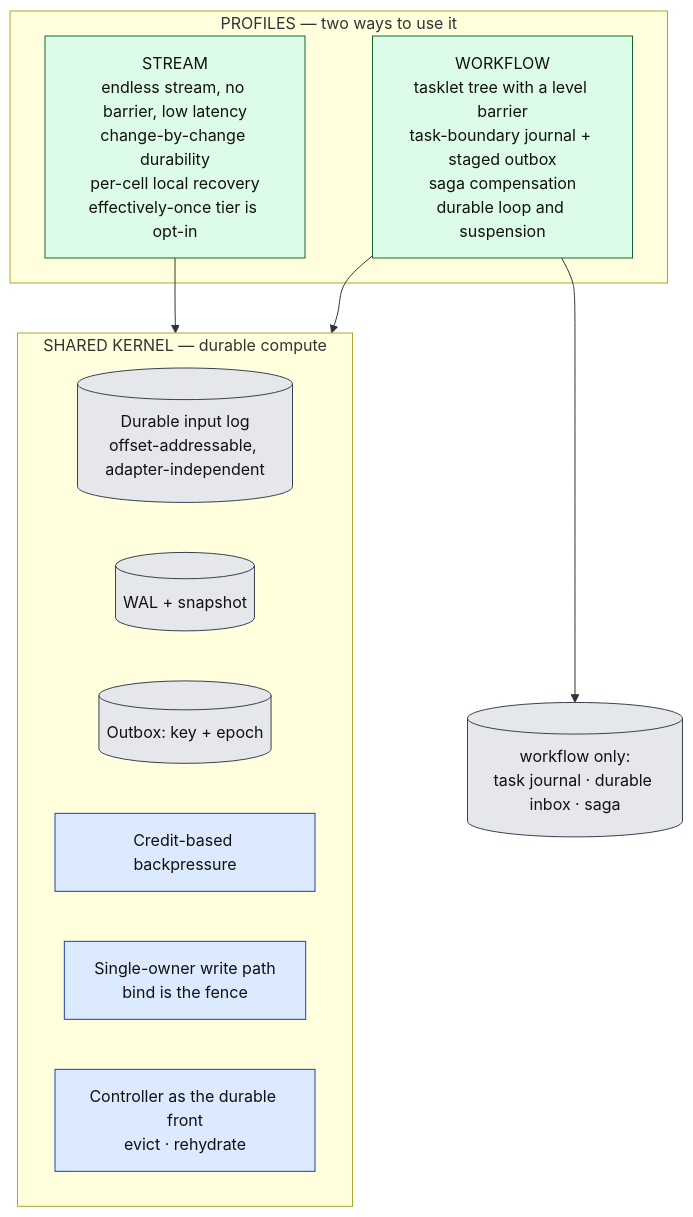
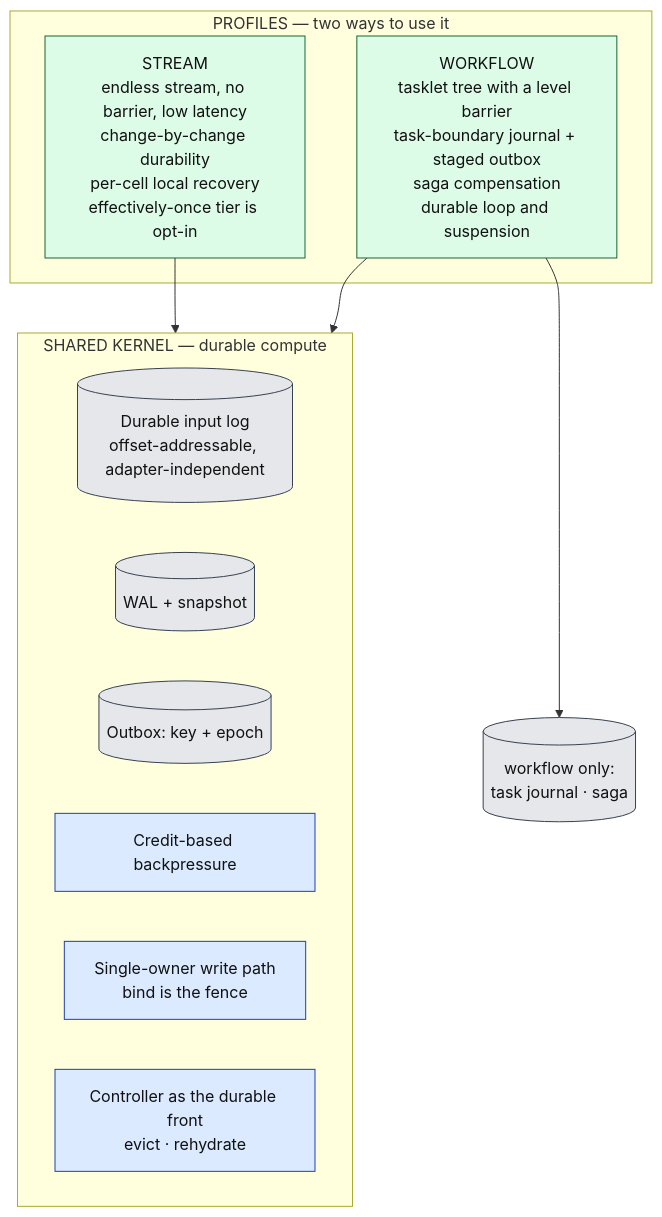
Before and after one commit to Flezha/flezha: the fifth of 9 diagrams in docs/architecture/README.md, drawn with Mermaid. The commit also changed other lines of this file and 78 other files, not shown here.

````diff
--- a/docs/architecture/README.md
+++ b/docs/architecture/README.md
@@ -235,24 +235,24 @@
 ```mermaid
 flowchart TB
     subgraph PROF["PROFILES — two ways to use it"]
         UNB["STREAM<br/>endless stream, no barrier, low latency<br/>change-by-change durability<br/>per-cell local recovery<br/>effectively-once tier is opt-in"]:::exec
         BND["WORKFLOW<br/>tasklet tree with a level barrier<br/>task-boundary journal + staged outbox<br/>saga compensation<br/>durable loop and suspension"]:::exec
     end
     subgraph KERN["SHARED KERNEL — durable compute"]
         K1[("Durable input log<br/>offset-addressable, adapter-independent")]:::store
         K2[("WAL + snapshot")]:::store
         K3[("Outbox: key + epoch")]:::store
         K4["Credit-based backpressure"]:::ctrl
         K5["Single-owner write path<br/>bind is the fence"]:::ctrl
         K6["Controller as the durable front<br/>evict · rehydrate"]:::ctrl
     end
-    BEXTRA[("workflow only:<br/>task journal · durable inbox · saga")]:::store
+    BEXTRA[("workflow only:<br/>task journal · saga")]:::store
 
     UNB --> KERN
     BND --> KERN
     BND --> BEXTRA
 
     classDef ctrl fill:#dbeafe,stroke:#1e40af,color:#111
     classDef exec fill:#dcfce7,stroke:#166534,color:#111
     classDef store fill:#e5e7eb,stroke:#374151,color:#111
 ```
````
